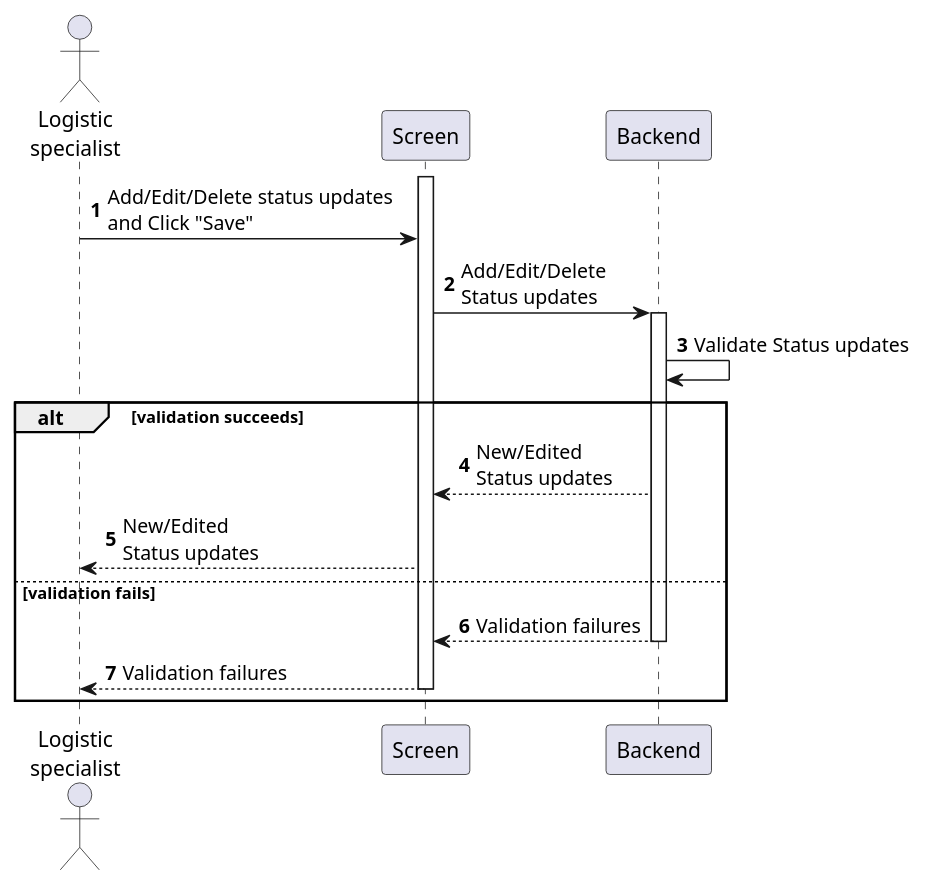
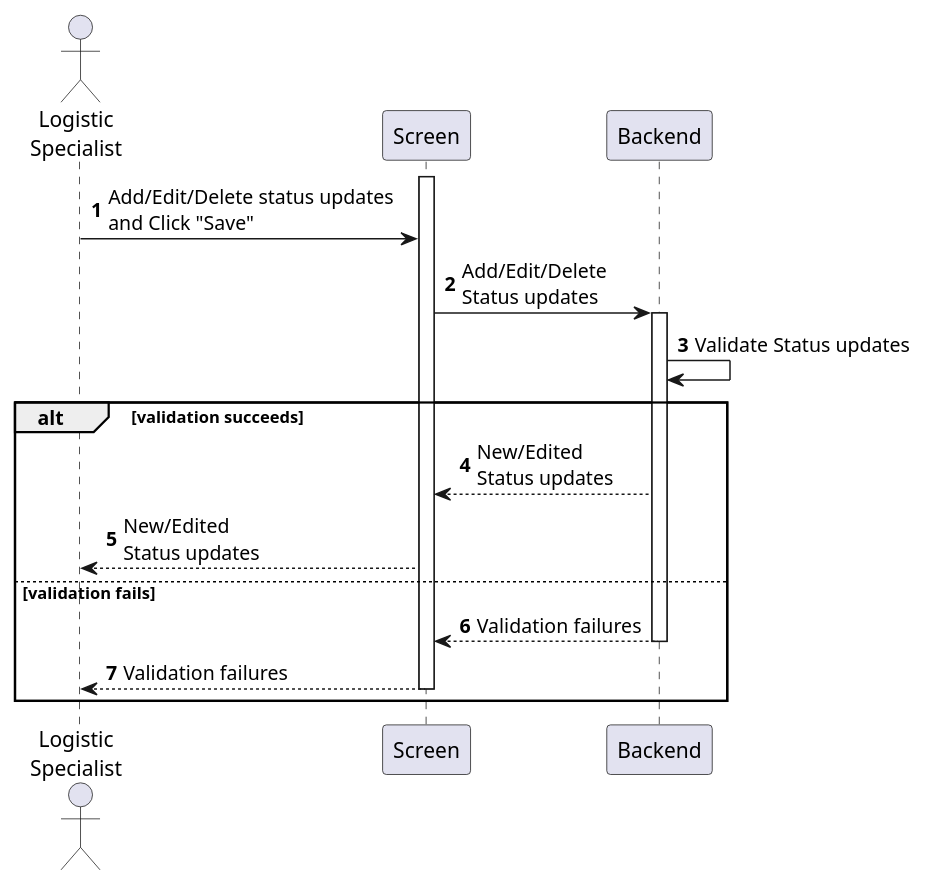
Before and after one commit to phihungha/scmss-reqs: the diagram in sequences/sales-order-update-status.plantuml, drawn with PlantUML. The commit also changed 43 other files, not shown here.

```diff
--- a/sequences/sales-order-update-status.plantuml
+++ b/sequences/sales-order-update-status.plantuml
@@ -1,22 +1,22 @@
 @startuml sales-order-update-status
 autonumber
 
-actor "Logistic\nspecialist" as a
+actor "Logistic\nSpecialist" as a
 participant Screen as f
 participant Backend as b
 
 activate f
 a -> f : Add/Edit/Delete status updates\nand Click "Save"
 f -> b : Add/Edit/Delete\nStatus updates
 activate b
 b -> b : Validate Status updates
 
 alt validation succeeds
     b --> f : New/Edited\nStatus updates
     f --> a : New/Edited\nStatus updates
 else validation fails
     return Validation failures
     f --> a : Validation failures
     deactivate f
 end
 @enduml
```
